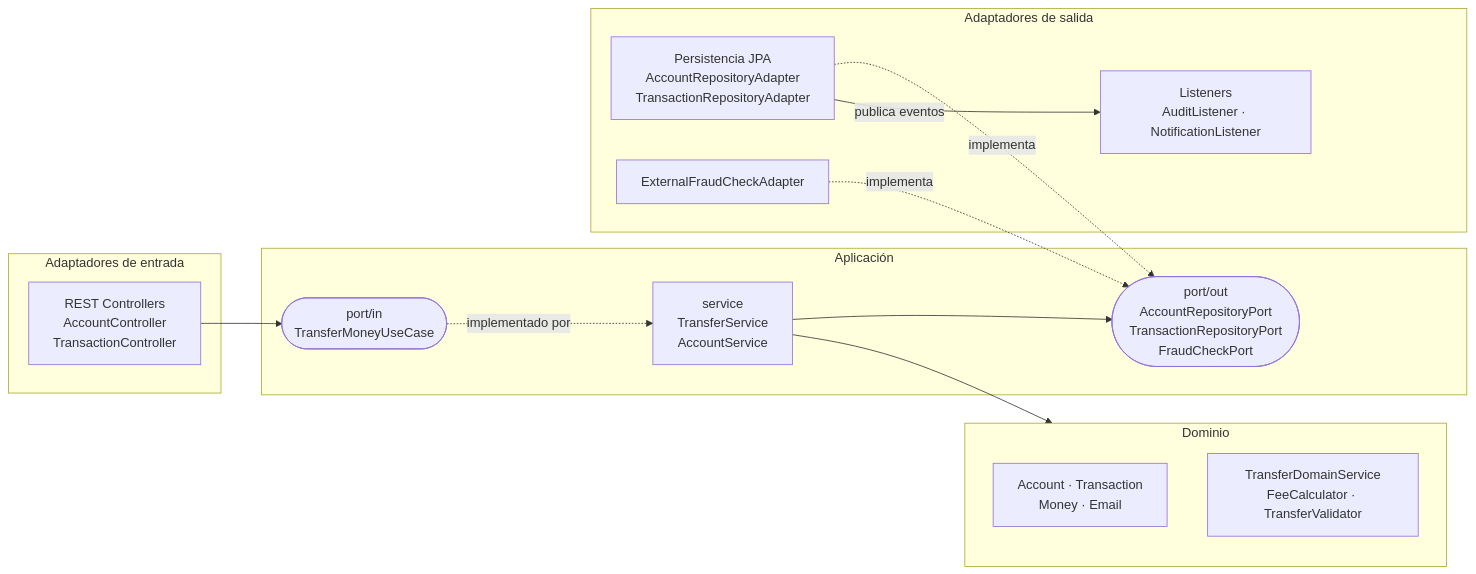
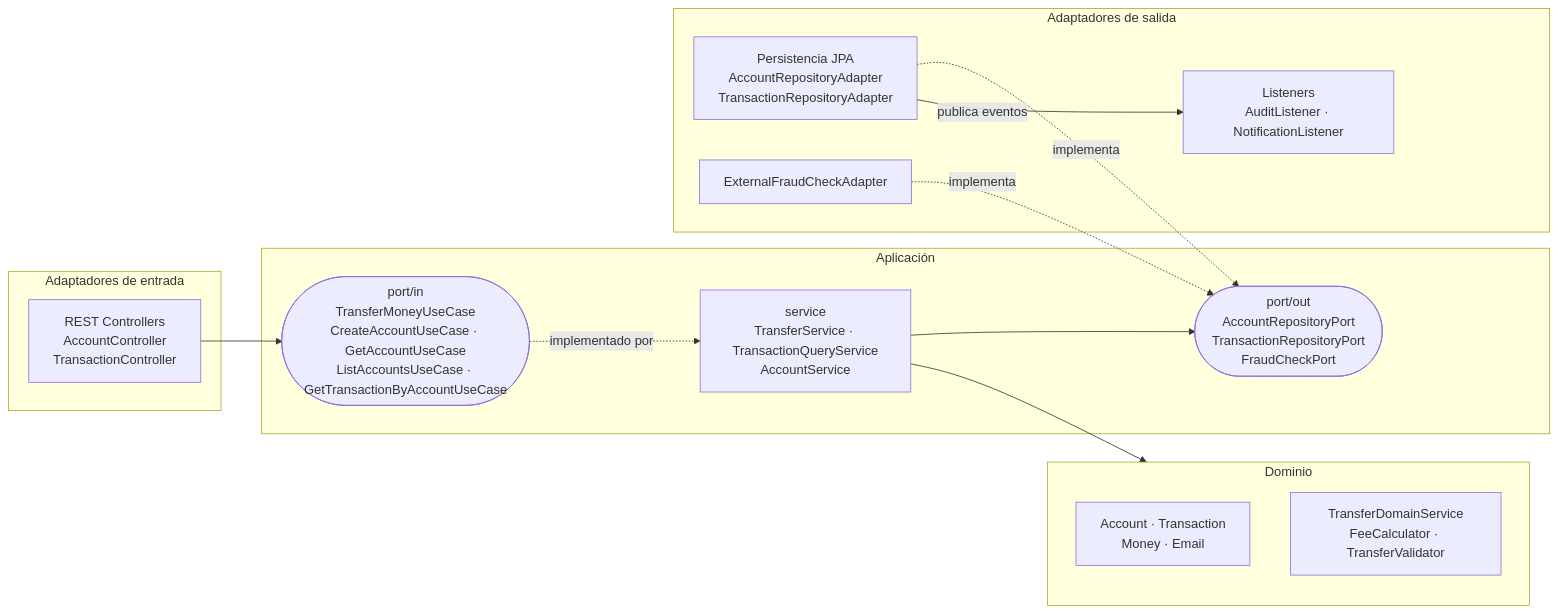
Before and after one commit to Mikkew/atlas-bank: the first of 2 diagrams in docs/arquitectura-hexagonal.md, drawn with Mermaid. The commit also changed other lines of this file, not shown here.

First line of the commit message:
Update hexagonal architecture guide after input-port migration

````diff
--- a/docs/arquitectura-hexagonal.md
+++ b/docs/arquitectura-hexagonal.md
@@ -59,31 +59,31 @@
 ```mermaid
 flowchart LR
     subgraph IN["Adaptadores de entrada"]
         REST["REST Controllers<br/>AccountController<br/>TransactionController"]
     end
 
     subgraph APP["Aplicación"]
-        PIN(["port/in<br/>TransferMoneyUseCase"])
-        SVC["service<br/>TransferService<br/>AccountService"]
+        PIN(["port/in<br/>TransferMoneyUseCase<br/>CreateAccountUseCase · GetAccountUseCase<br/>ListAccountsUseCase · GetTransactionByAccountUseCase"])
+        SVC["service<br/>TransferService · TransactionQueryService<br/>AccountService"]
         POUT(["port/out<br/>AccountRepositoryPort<br/>TransactionRepositoryPort<br/>FraudCheckPort"])
     end
 
     subgraph DOM["Dominio"]
         MODEL["Account · Transaction<br/>Money · Email"]
         DSVC["TransferDomainService<br/>FeeCalculator · TransferValidator"]
     end
 
     subgraph OUT["Adaptadores de salida"]
         JPA["Persistencia JPA<br/>AccountRepositoryAdapter<br/>TransactionRepositoryAdapter"]
         FRAUD["ExternalFraudCheckAdapter"]
         LIS["Listeners<br/>AuditListener · NotificationListener"]
     end
 
     REST --> PIN
     PIN -.implementado por.-> SVC
     SVC --> DOM
     SVC --> POUT
     JPA -.implementa.-> POUT
     FRAUD -.implementa.-> POUT
     JPA -- publica eventos --> LIS
 ```
````
